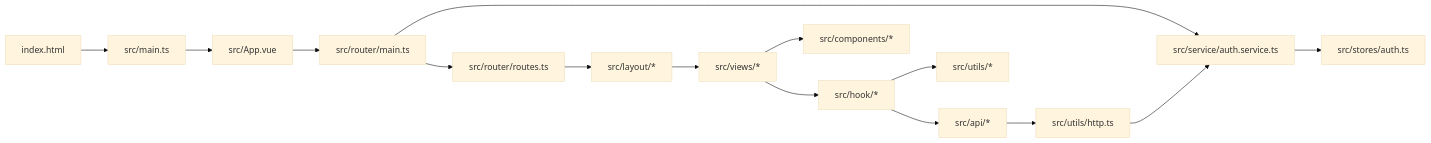
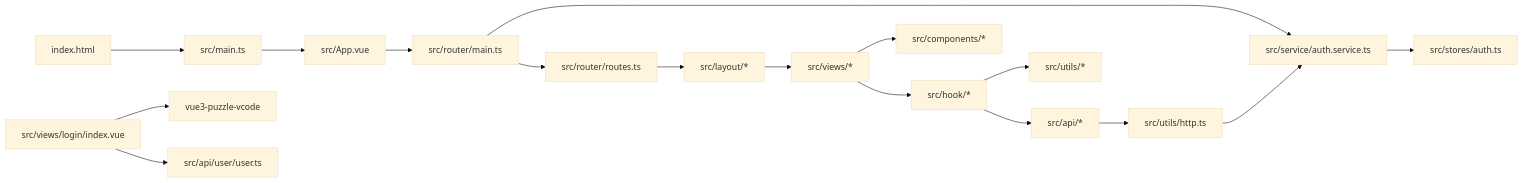
One commit to XiaoSong-dada/xs-blog-base changed the first of 2 diagrams in doc/web/frontend-dependency-map.md. Above: the diagram before and after it, drawn with Mermaid (base theme). The commit also changed other lines of this file and 1 other file, not shown here.

````diff
--- a/doc/web/frontend-dependency-map.md
+++ b/doc/web/frontend-dependency-map.md
@@ -22,17 +22,19 @@
 ```mermaid
 flowchart LR
     index[index.html] --> main[src/main.ts]
     main --> app[src/App.vue]
     app --> routerMain[src/router/main.ts]
     routerMain --> routes[src/router/routes.ts]
     routes --> layout[src/layout/*]
     layout --> views[src/views/*]
     views --> hook[src/hook/*]
     views --> components[src/components/*]
     hook --> api[src/api/*]
     hook --> utils[src/utils/*]
     api --> http[src/utils/http.ts]
     routerMain --> auth[src/service/auth.service.ts]
     http --> auth
     auth --> stores[src/stores/auth.ts]
+    loginView[src/views/login/index.vue] --> captchaLib[vue3-puzzle-vcode]
+    loginView --> userApi[src/api/user/user.ts]
 ```
````
